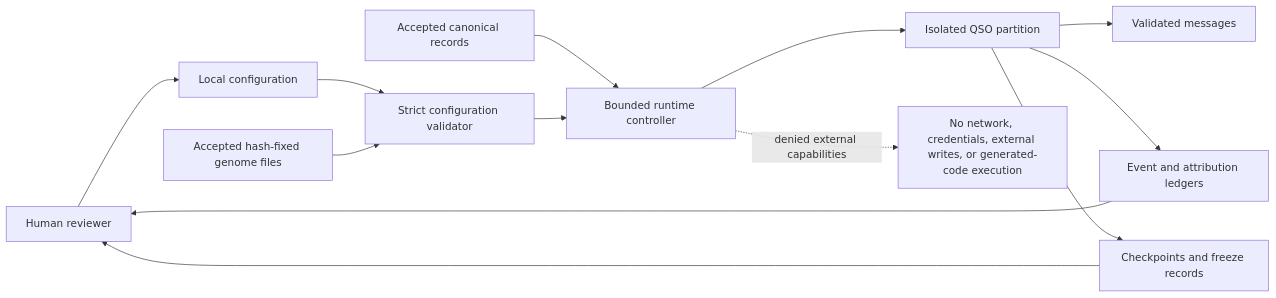
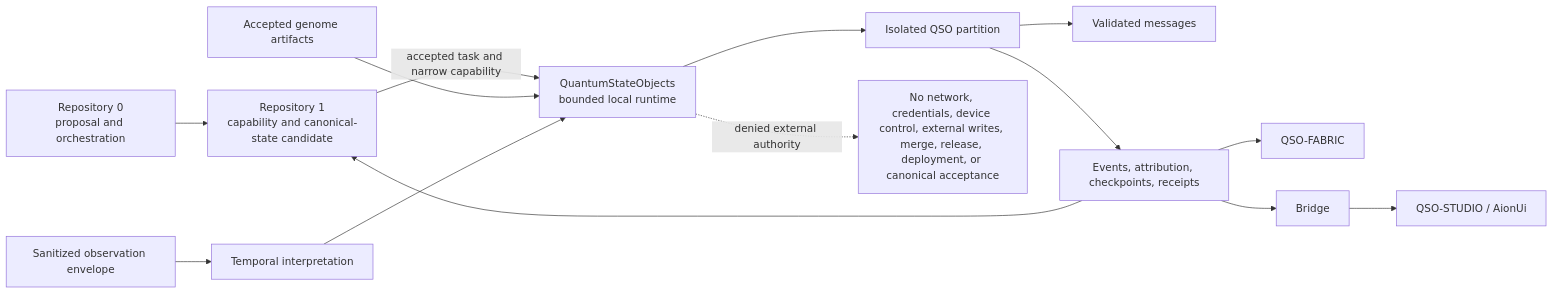
One commit to aevespers2/QuantumStateObjects changed the diagram in docs/index.md. Above: the diagram before and after it, drawn with Mermaid. The commit also changed other lines of this file, not shown here.

Commit message:
docs: update Pages home with gluing and authority status

````diff
--- a/docs/index.md
+++ b/docs/index.md
@@ -48,15 +57,16 @@
 ```mermaid
 flowchart LR
-    Human[Human reviewer] --> Config[Local configuration]
-    Config --> Validator[Strict configuration validator]
-    Genomes[Accepted hash-fixed genome files] --> Validator
-    Seeker[Accepted canonical records] --> Runtime[Bounded runtime controller]
-    Validator --> Runtime
+    Zero[Repository 0\nproposal and orchestration] --> One[Repository 1\ncapability and canonical-state candidate]
+    One -->|accepted task and narrow capability| Runtime[QuantumStateObjects\nbounded local runtime]
+    Genomes[Accepted genome artifacts] --> Runtime
+    Seeker[Sanitized observation envelope] --> Time[Temporal interpretation]
+    Time --> Runtime
     Runtime --> Partition[Isolated QSO partition]
     Partition --> Messages[Validated messages]
-    Partition --> Evidence[Event and attribution ledgers]
-    Partition --> Checkpoints[Checkpoints and freeze records]
-    Evidence --> Human
-    Checkpoints --> Human
-    Runtime -. denied external capabilities .-> Denied[No network, credentials, external writes, or generated-code execution]
+    Partition --> Evidence[Events, attribution, checkpoints, receipts]
+    Evidence --> Fabric[QSO-FABRIC]
+    Evidence --> Bridge[Bridge]
+    Bridge --> Interfaces[QSO-STUDIO / AionUi]
+    Evidence --> One
+    Runtime -. denied external authority .-> Denied[No network, credentials, device control, external writes, merge, release, deployment, or canonical acceptance]
 ```
````
